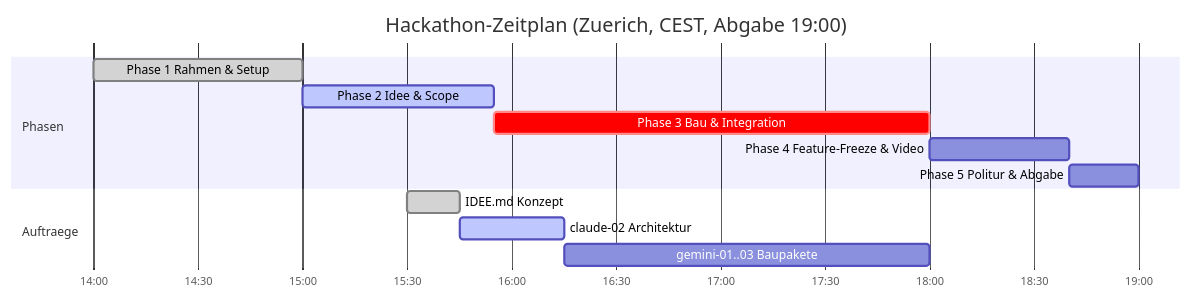
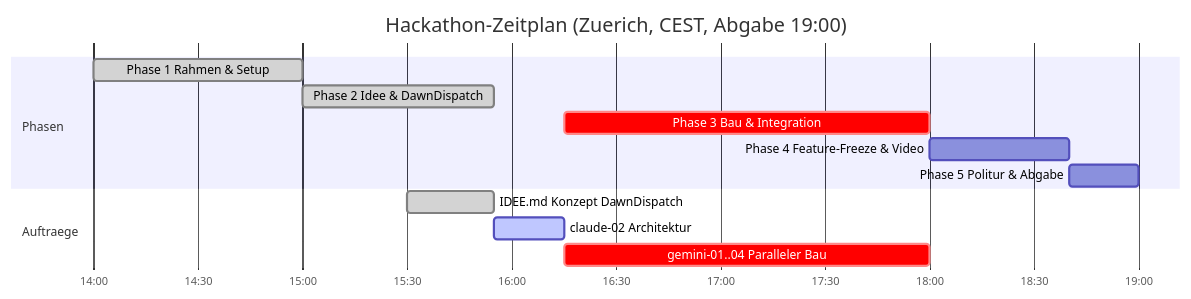
Before and after one commit to Philipp2agent/agentic-hack-google: the diagram in STAND.md, drawn with Mermaid. The commit also changed other lines of this file and 3 other files, not shown here.

Commit message:
feat(dawndispatch): update IDEE.md, AGENTEN.md, STAND.md and claude-02 for web voice

````diff
--- a/STAND.md
+++ b/STAND.md
@@ -20,16 +24,16 @@
 ```mermaid
 gantt
   title Hackathon-Zeitplan (Zuerich, CEST, Abgabe 19:00)
   dateFormat HH:mm
   axisFormat %H:%M
   section Phasen
-  Phase 1 Rahmen & Setup     :done, p1, 14:00, 15:00
-  Phase 2 Idee & Scope       :active, p2, 15:00, 15:55
-  Phase 3 Bau & Integration  :crit, p3, 15:55, 18:00
+  Phase 1 Rahmen & Setup         :done, p1, 14:00, 15:00
+  Phase 2 Idee & DawnDispatch    :done, p2, 15:00, 15:55
+  Phase 3 Bau & Integration      :crit, p3, 16:15, 18:00
   Phase 4 Feature-Freeze & Video :p4, 18:00, 18:40
-  Phase 5 Politur & Abgabe   :p5, 18:40, 19:00
+  Phase 5 Politur & Abgabe       :p5, 18:40, 19:00
   section Auftraege
-  IDEE.md Konzept            :done, t_idee, 15:30, 15:45
-  claude-02 Architektur      :active, t_cl2, 15:45, 16:15
-  gemini-01..03 Baupakete    :t_gem, 16:15, 18:00
+  IDEE.md Konzept DawnDispatch   :done, t_idee, 15:30, 15:55
+  claude-02 Architektur          :active, t_cl2, 15:55, 16:15
+  gemini-01..04 Paralleler Bau   :crit, t_gem, 16:15, 18:00
 ```
````
